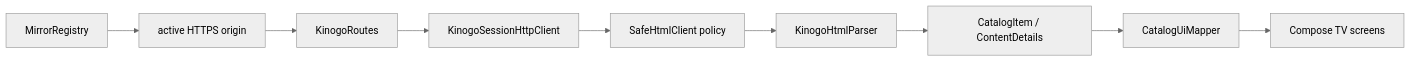
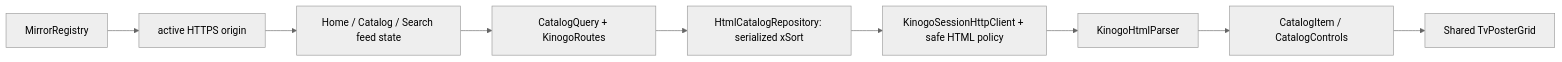
The second of 4 diagrams in docs/ARCHITECTURE.md (reziarlleh/KinogoATV), drawn with Mermaid (neutral theme) before and after one commit. The commit also changed other lines of this file and 12 other files, not shown here.

````diff
--- a/docs/ARCHITECTURE.md
+++ b/docs/ARCHITECTURE.md
@@ -79,11 +79,11 @@
 ```mermaid
 flowchart LR
     A["MirrorRegistry"] --> B["active HTTPS origin"]
-    B --> C["KinogoRoutes"]
-    C --> D["KinogoSessionHttpClient"]
-    D --> E["SafeHtmlClient policy"]
-    E --> F["KinogoHtmlParser"]
-    F --> G["CatalogItem / ContentDetails"]
-    G --> H["CatalogUiMapper"]
-    H --> I["Compose TV screens"]
+    B --> C["Home / Catalog / Search feed state"]
+    C --> D["CatalogQuery + KinogoRoutes"]
+    D --> E["HtmlCatalogRepository: serialized xSort"]
+    E --> F["KinogoSessionHttpClient + safe HTML policy"]
+    F --> G["KinogoHtmlParser"]
+    G --> H["CatalogItem / CatalogControls"]
+    H --> I["Shared TvPosterGrid"]
 ```
````
